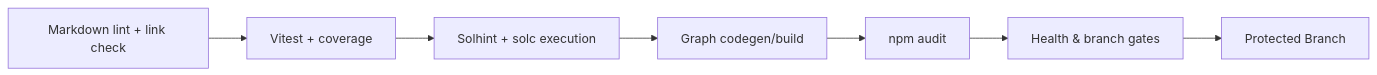
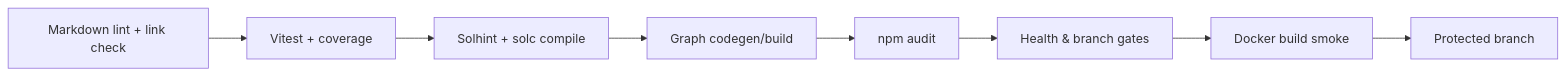
One commit to MontrealAI/AGI-Alpha-Node-v0 changed the fifth of 5 diagrams in README.md. Above: the diagram before and after it, drawn with Mermaid. The commit also changed other lines of this file, not shown here.

````diff
--- a/README.md
+++ b/README.md
@@ -245,9 +266,10 @@
 ```mermaid
 graph LR
   Lint[Markdown lint + link check] --> Test[Vitest + coverage]
-  Test --> Solidity[Solhint + solc execution]
+  Test --> Solidity[Solhint + solc compile]
   Solidity --> Subgraph[Graph codegen/build]
   Subgraph --> Security[npm audit]
   Security --> Policy[Health & branch gates]
-  Policy --> Merge[Protected Branch]
+  Policy --> Docker[Docker build smoke]
+  Docker --> Merge[Protected branch]
 ```
````
